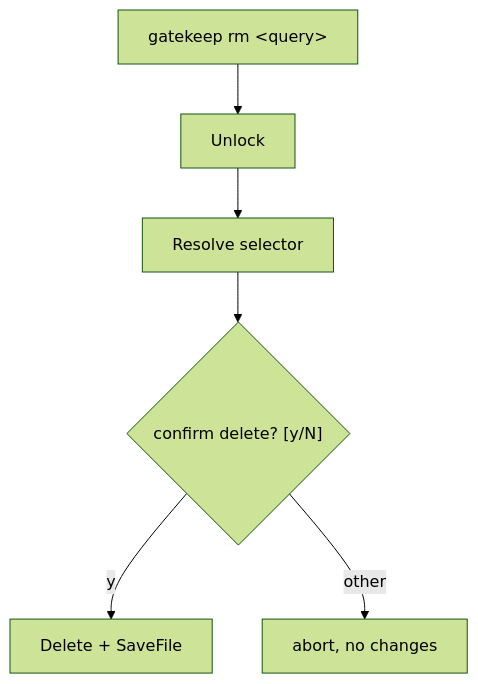
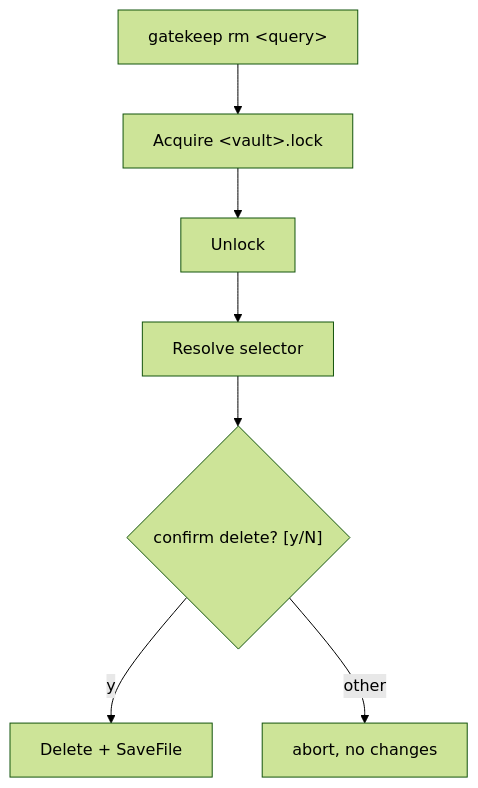
The eighth of 9 diagrams in cmd/FLOWS.md (nxkh4ng/gatekeep), drawn with Mermaid (forest theme) before and after one commit. The commit also changed other lines of this file and 9 other files, not shown here.

````diff
--- a/cmd/FLOWS.md
+++ b/cmd/FLOWS.md
@@ -129,8 +133,9 @@
 ```mermaid
 flowchart TD
-    A["gatekeep rm &lt;query&gt;"] --> U["Unlock"]
+    A["gatekeep rm &lt;query&gt;"] --> L["Acquire &lt;vault&gt;.lock"]
+    L --> U["Unlock"]
     U --> R["Resolve selector"]
     R --> C{"confirm delete? [y/N]"}
     C -->|y| D["Delete + SaveFile"]
     C -->|other| X["abort, no changes"]
 ```
````
